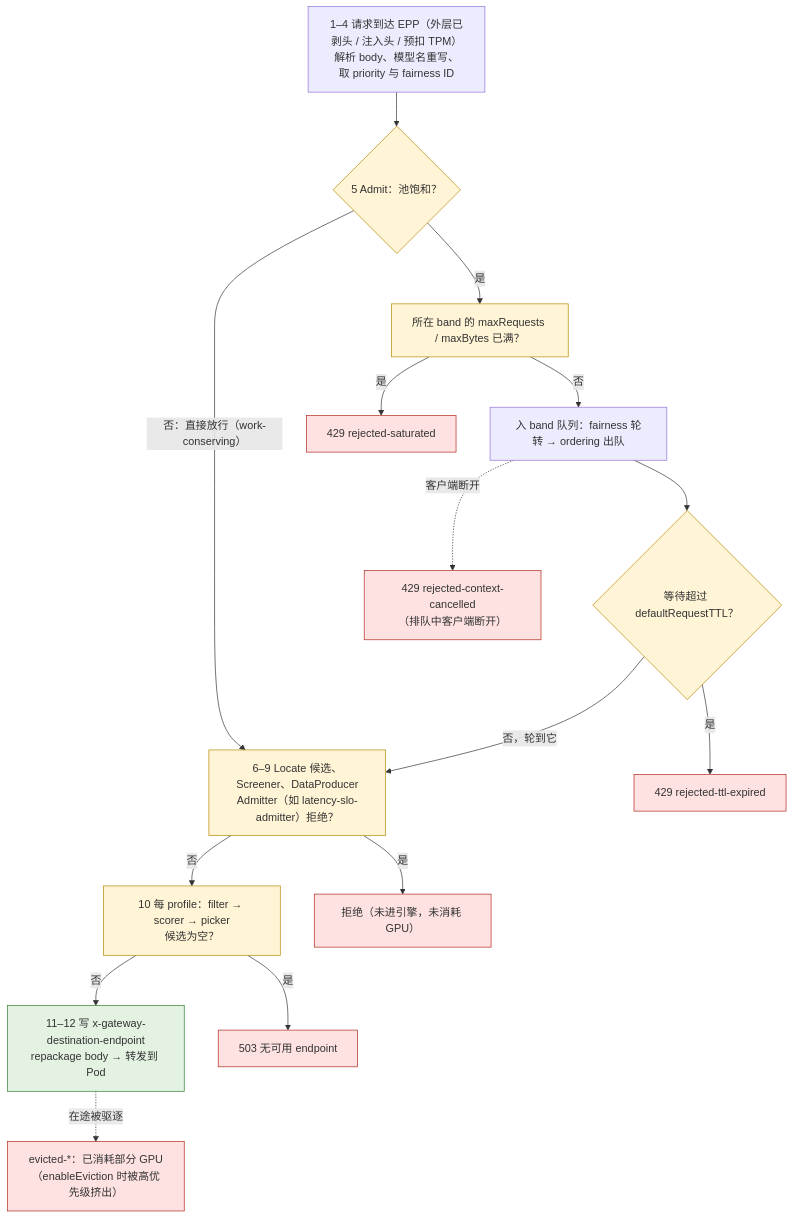
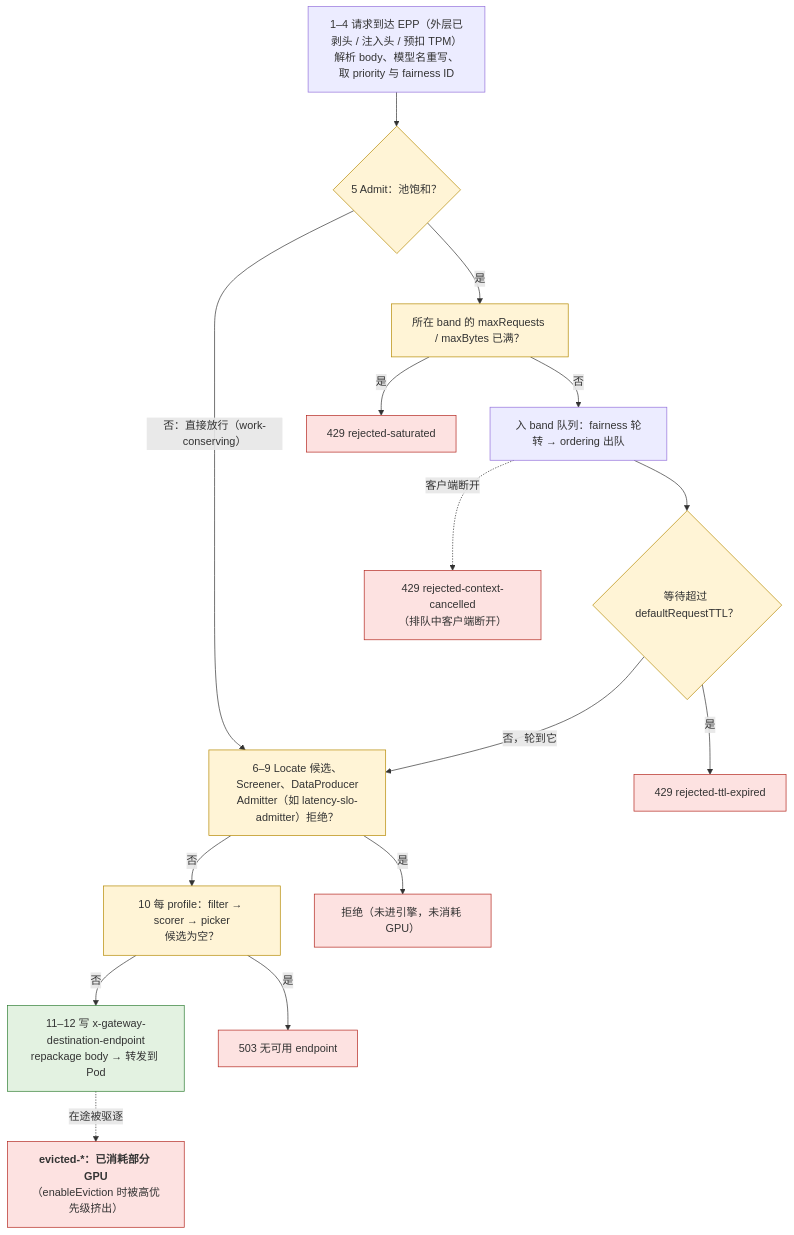
The second of 4 diagrams in _posts/2026-09-21-model-gateway-multi-tenancy-and-quota.md (arganzheng/arganzheng.github.com), drawn with Mermaid before and after one commit. The commit also changed other lines of this file and 8 other files, not shown here.

First line of the commit message:
AI 平台工程：资源层与交付层：Mermaid 多行方框的首行标为标题（9 篇）

````diff
--- a/_posts/2026-09-21-model-gateway-multi-tenancy-and-quota.md
+++ b/_posts/2026-09-21-model-gateway-multi-tenancy-and-quota.md
@@ -277,40 +277,40 @@
 ```mermaid
 %% 图：请求控制流水线的全部出口：所有 rejected-* 都在进入引擎之前，只有 evicted-* 发生在转发之后
 flowchart TB
     IN["1–4 请求到达 EPP（外层已剥头 / 注入头 / 预扣 TPM）<br/>解析 body、模型名重写、取 priority 与 fairness ID"]
     SAT{"5 Admit：池饱和？"}
     BAND["所在 band 的 maxRequests / maxBytes 已满？"]
     Q["入 band 队列：fairness 轮转 → ordering 出队"]
     TTL{"等待超过 defaultRequestTTL？"}
     ADM["6–9 Locate 候选、Screener、DataProducer<br/>Admitter（如 latency-slo-admitter）拒绝？"]
     EMPTY["10 每 profile：filter → scorer → picker<br/>候选为空？"]
     FWD["11–12 写 x-gateway-destination-endpoint<br/>repackage body → 转发到 Pod"]
     R429a["429 rejected-saturated"]
     R429b["429 rejected-ttl-expired"]
     R429c["429 rejected-context-cancelled<br/>（排队中客户端断开）"]
     RADM["拒绝（未进引擎，未消耗 GPU）"]
     R503["503 无可用 endpoint"]
-    EVICT["evicted-*：已消耗部分 GPU<br/>（enableEviction 时被高优先级挤出）"]
+    EVICT["<b>evicted-*：已消耗部分 GPU</b><br/>（enableEviction 时被高优先级挤出）"]
 
     IN --> SAT
     SAT -- "否：直接放行（work-conserving）" --> ADM
     SAT -- "是" --> BAND
     BAND -- "是" --> R429a
     BAND -- "否" --> Q
     Q --> TTL
     TTL -- "是" --> R429b
     TTL -- "否，轮到它" --> ADM
     Q -. "客户端断开" .-> R429c
     ADM -- "是" --> RADM
     ADM -- "否" --> EMPTY
     EMPTY -- "是" --> R503
     EMPTY -- "否" --> FWD
     FWD -. "在途被驱逐" .-> EVICT
 
     classDef rej fill:#fde2e1,stroke:#b3261e;
     classDef ok fill:#e3f2e1,stroke:#2e7d32;
     classDef dec fill:#fff4d6,stroke:#b58900;
     class R429a,R429b,R429c,RADM,R503,EVICT rej;
     class FWD ok;
     class SAT,BAND,TTL,ADM,EMPTY dec;
 ```
````
